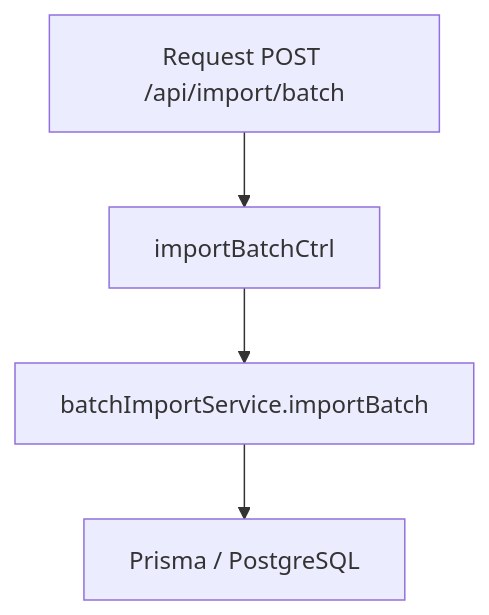
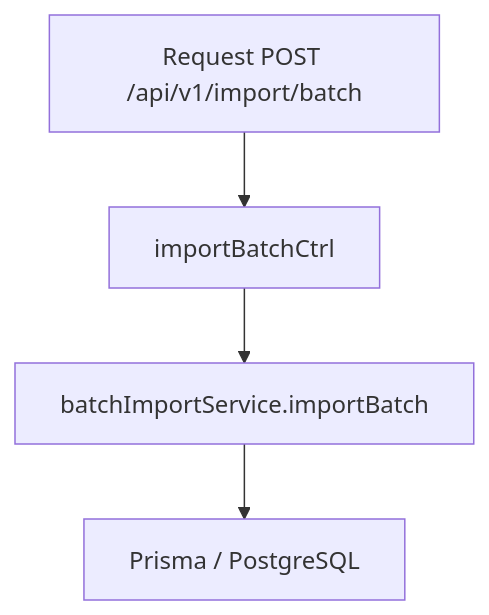
One commit to Syntel-Labs/study-task-insights changed the diagram in docs/code/server/services/batchImportService.md. Above: the diagram before and after it, drawn with Mermaid. The commit also changed 29 other files, not shown here.

````diff
--- a/docs/code/server/services/batchImportService.md
+++ b/docs/code/server/services/batchImportService.md
@@ -13,6 +13,6 @@
 ```mermaid
 flowchart TD
-  A[Request POST /api/import/batch] --> B[importBatchCtrl]
+  A[Request POST /api/v1/import/batch] --> B[importBatchCtrl]
   B --> C[batchImportService.importBatch]
   C --> D[Prisma / PostgreSQL]
 ```
````
